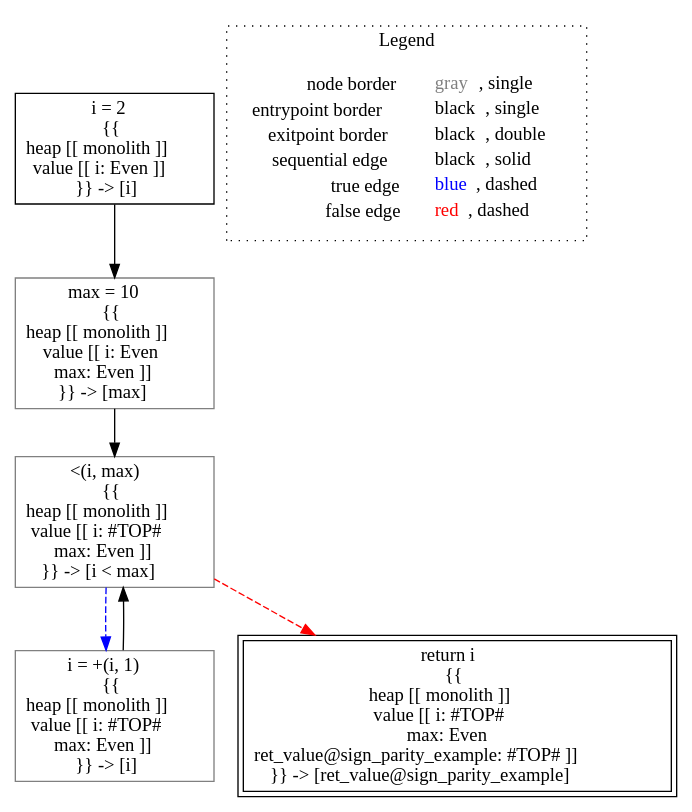
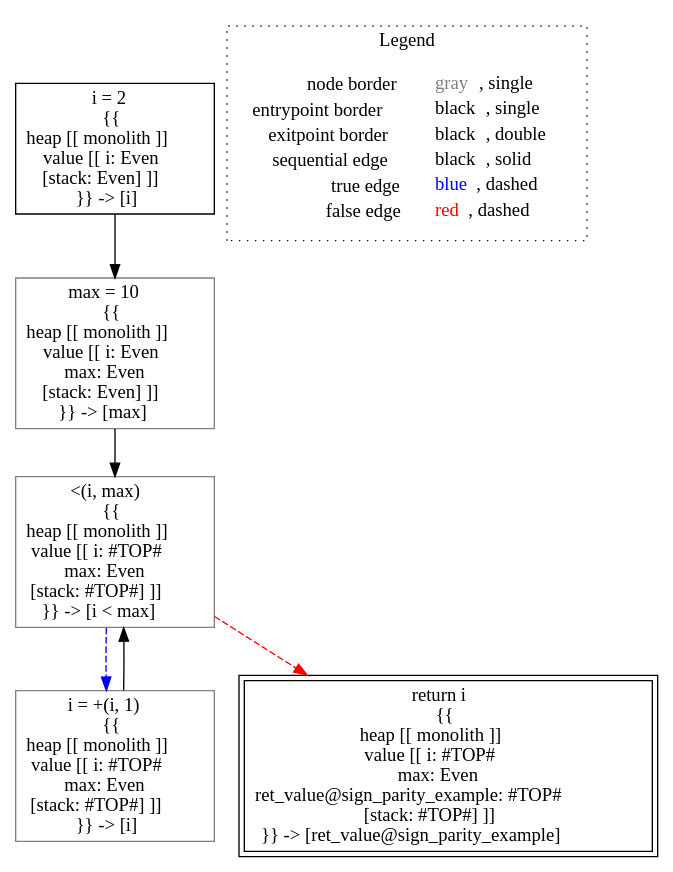
The diagram in lisa/lisa-core/imp-testcases/parity/analysis___untyped_tutorial.sign_parity_example(tutorial_this).dot (lisa-analyzer/lisa), drawn with Graphviz before and after one commit. The commit also changed 84 other files, not shown here.

```diff
--- a/lisa/lisa-core/imp-testcases/parity/analysis___untyped_tutorial.sign_parity_example(tutorial_this).dot
+++ b/lisa/lisa-core/imp-testcases/parity/analysis___untyped_tutorial.sign_parity_example(tutorial_this).dot
@@ -1,19 +1,19 @@
 digraph {
-	"node0" [shape="rect",color="black",label=<i = 2<BR/>{{<BR/>heap [[ monolith ]]<BR/>value [[ i: Even ]]<BR/>}} -&gt; [i]>];
-	"node1" [shape="rect",color="gray",label=<&lt;(i, max)<BR/>{{<BR/>heap [[ monolith ]]<BR/>value [[ i: #TOP#<BR/>max: Even ]]<BR/>}} -&gt; [i &lt; max]>];
-	"node2" [shape="rect",color="gray",label=<i = +(i, 1)<BR/>{{<BR/>heap [[ monolith ]]<BR/>value [[ i: #TOP#<BR/>max: Even ]]<BR/>}} -&gt; [i]>];
-	"node3" [shape="rect",color="black",peripheries="2",label=<return i<BR/>{{<BR/>heap [[ monolith ]]<BR/>value [[ i: #TOP#<BR/>max: Even<BR/>ret_value@sign_parity_example: #TOP# ]]<BR/>}} -&gt; [ret_value@sign_parity_example]>];
-	"node4" [shape="rect",color="gray",label=<max = 10<BR/>{{<BR/>heap [[ monolith ]]<BR/>value [[ i: Even<BR/>max: Even ]]<BR/>}} -&gt; [max]>];
-	"node1" -> "node2" [color="blue",style="dashed"];
-	"node1" -> "node3" [color="red",style="dashed"];
-	"node0" -> "node4" [color="black"];
-	"node2" -> "node1" [color="black"];
-	"node4" -> "node1" [color="black"];
+	"node0" [shape="rect",color="black",label=<i = 2<BR/>{{<BR/>heap [[ monolith ]]<BR/>value [[ i: Even<BR/>[stack: Even] ]]<BR/>}} -&gt; [i]>];
+	"node1" [shape="rect",color="black",peripheries="2",label=<return i<BR/>{{<BR/>heap [[ monolith ]]<BR/>value [[ i: #TOP#<BR/>max: Even<BR/>ret_value@sign_parity_example: #TOP#<BR/>[stack: #TOP#] ]]<BR/>}} -&gt; [ret_value@sign_parity_example]>];
+	"node2" [shape="rect",color="gray",label=<max = 10<BR/>{{<BR/>heap [[ monolith ]]<BR/>value [[ i: Even<BR/>max: Even<BR/>[stack: Even] ]]<BR/>}} -&gt; [max]>];
+	"node3" [shape="rect",color="gray",label=<i = +(i, 1)<BR/>{{<BR/>heap [[ monolith ]]<BR/>value [[ i: #TOP#<BR/>max: Even<BR/>[stack: #TOP#] ]]<BR/>}} -&gt; [i]>];
+	"node4" [shape="rect",color="gray",label=<&lt;(i, max)<BR/>{{<BR/>heap [[ monolith ]]<BR/>value [[ i: #TOP#<BR/>max: Even<BR/>[stack: #TOP#] ]]<BR/>}} -&gt; [i &lt; max]>];
+	"node0" -> "node2" [color="black"];
+	"node2" -> "node4" [color="black"];
+	"node3" -> "node4" [color="black"];
+	"node4" -> "node1" [color="red",style="dashed"];
+	"node4" -> "node3" [color="blue",style="dashed"];
 subgraph cluster_legend {
 	label="Legend";
 	style=dotted;
 	node [shape=plaintext];
 	"legend" [label=<<table border="0" cellpadding="2" cellspacing="0" cellborder="0"><tr><td align="right">node border&nbsp;</td><td align="left"><font color="gray">gray</font>, single</td></tr><tr><td align="right">entrypoint border&nbsp;</td><td align="left"><font color="black">black</font>, single</td></tr><tr><td align="right">exitpoint border&nbsp;</td><td align="left"><font color="black">black</font>, double</td></tr><tr><td align="right">sequential edge&nbsp;</td><td align="left"><font color="black">black</font>, solid</td></tr><tr><td align="right">true edge&nbsp;</td><td align="left"><font color="blue">blue</font>, dashed</td></tr><tr><td align="right">false edge&nbsp;</td><td align="left"><font color="red">red</font>, dashed</td></tr></table>>];
 }
 
 }
```
